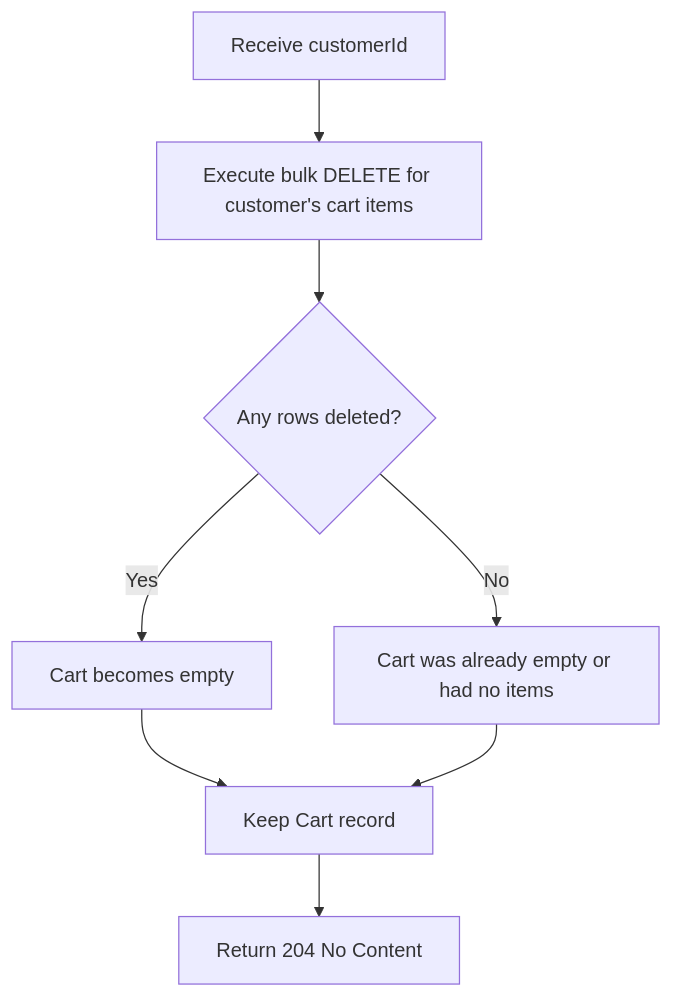
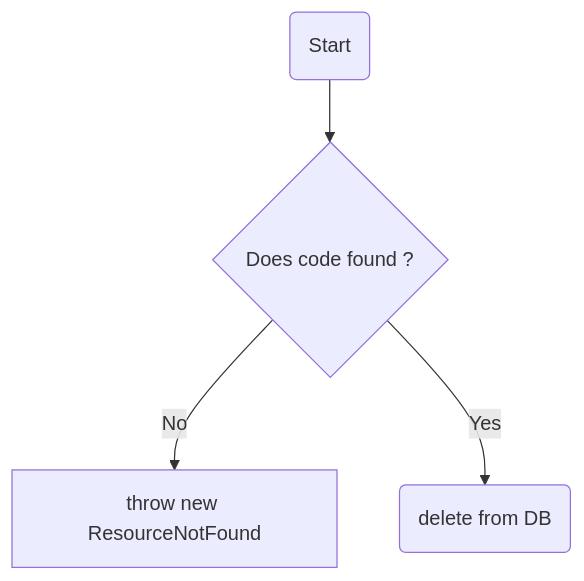
Before and after one commit to w2t-el-develop/food_delivery_api: the tenth of 11 diagrams in README.md, drawn with Mermaid. The commit also changed other lines of this file and 18 other files, not shown here.

````diff
--- a/README.md
+++ b/README.md
@@ -874,12 +555,7 @@
 ```mermaid
 flowchart TD
-    A[Receive customerId] --> B[Execute bulk DELETE for customer's cart items]
-    B --> C{Any rows deleted?}
+  A(Start) --> C{Does code found ?}
 
-    C -- Yes --> D[Cart becomes empty]
-    C -- No --> E[Cart was already empty or had no items]
-
-    D --> F[Keep Cart record]
-    E --> F
-    F --> G[Return 204 No Content]
+  C -- No --> D[throw new ResourceNotFound]
+  C -- Yes --> F(delete from DB)
 ```
````
